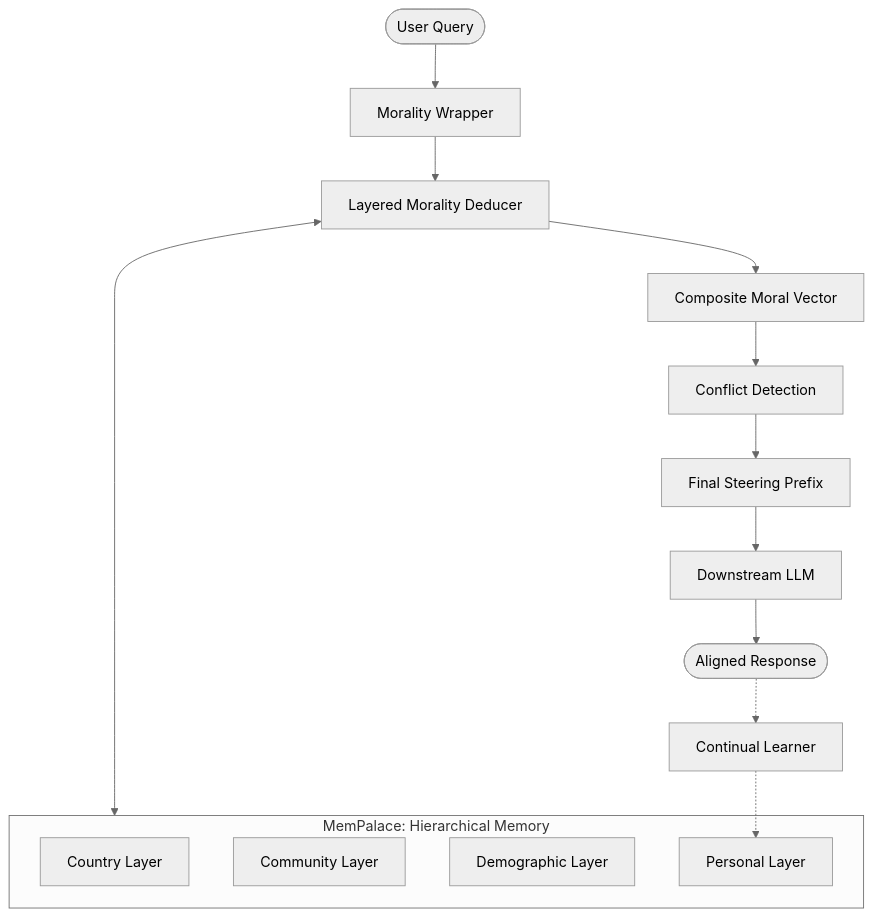
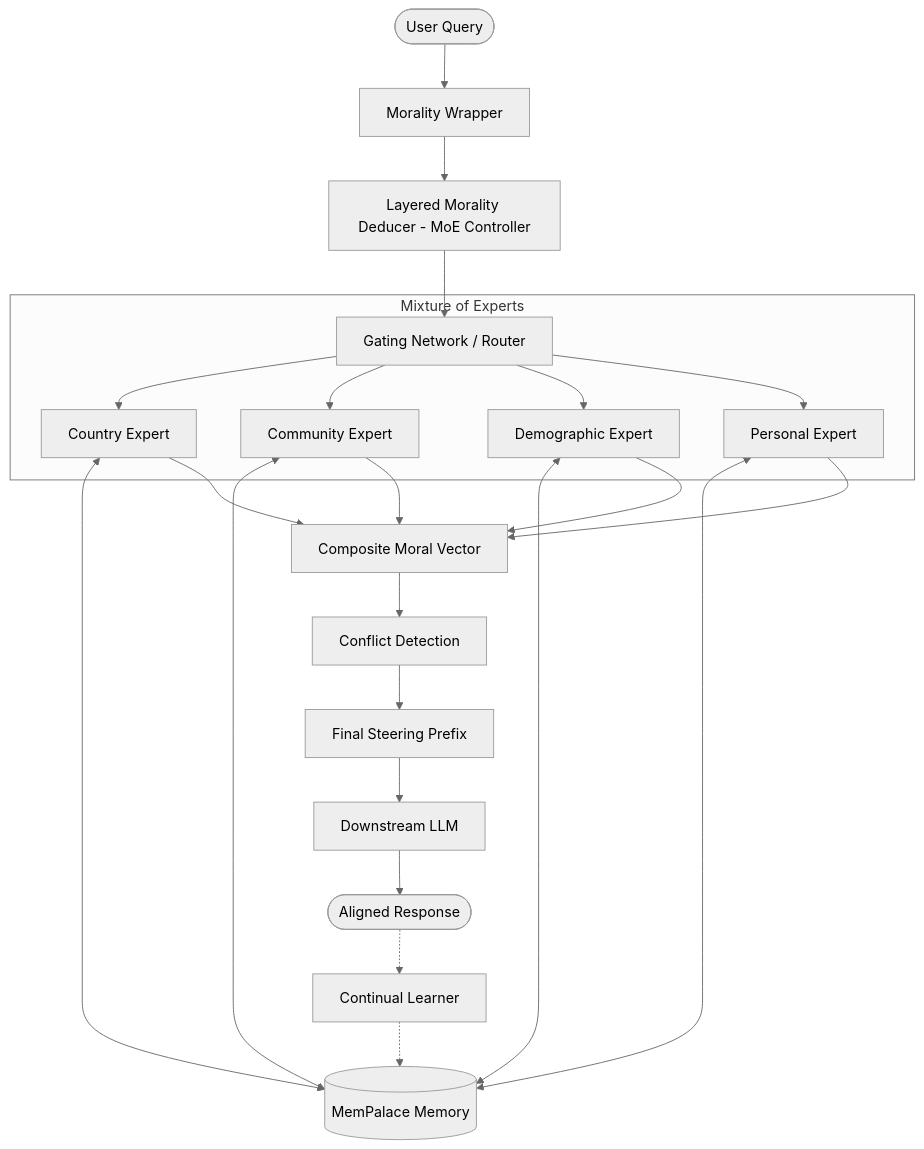
The first of 2 diagrams in README.md (Neutron-Binary-LLC/OpenDike), drawn with Mermaid (neutral theme) before and after one commit. The commit also changed other lines of this file and 2 other files, not shown here.

Commit message:
Add foundational implementation of the Layered Morality Deducer. Includes modular architecture for morality vectors, hierarchical memory, and system integration. Added initial training stubs, Docker support, and an example usage prototype.

````diff
--- a/README.md
+++ b/README.md
@@ -8,23 +8,31 @@
 ```mermaid
 graph TD
     User([User Query]) --> Wrapper[Morality Wrapper]
-    Wrapper --> Deducer[Layered Morality Deducer]
+    Wrapper --> Deducer[Layered Morality Deducer - MoE Controller]
     
-    subgraph MemPalace [MemPalace: Hierarchical Memory]
-        CL[Country Layer]
-        ML[Community Layer]
-        DL[Demographic Layer]
-        PL[Personal Layer]
+    subgraph MoE [Mixture of Experts]
+        Gating[Gating Network / Router]
+        E1[Country Expert]
+        E2[Community Expert]
+        E3[Demographic Expert]
+        E4[Personal Expert]
     end
     
-    Deducer <--> MemPalace
-    Deducer --> Vector[Composite Moral Vector]
+    Deducer --> Gating
+    Gating --> E1
+    Gating --> E2
+    Gating --> E3
+    Gating --> E4
+    
+    E1 & E2 & E3 & E4 <--> MemPalace[(MemPalace Memory)]
+    
+    E1 & E2 & E3 & E4 --> Vector[Composite Moral Vector]
     Vector --> Conflict[Conflict Detection]
     Conflict --> FinalVector[Final Steering Prefix]
     
     FinalVector --> LLM[Downstream LLM]
     LLM --> Response([Aligned Response])
     
     Response -.-> Learner[Continual Learner]
-    Learner -.-> PL
+    Learner -.-> MemPalace
 ```
````
